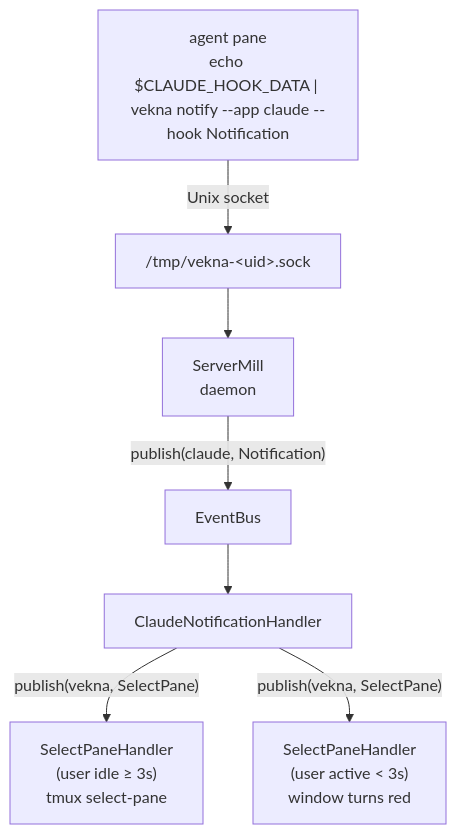
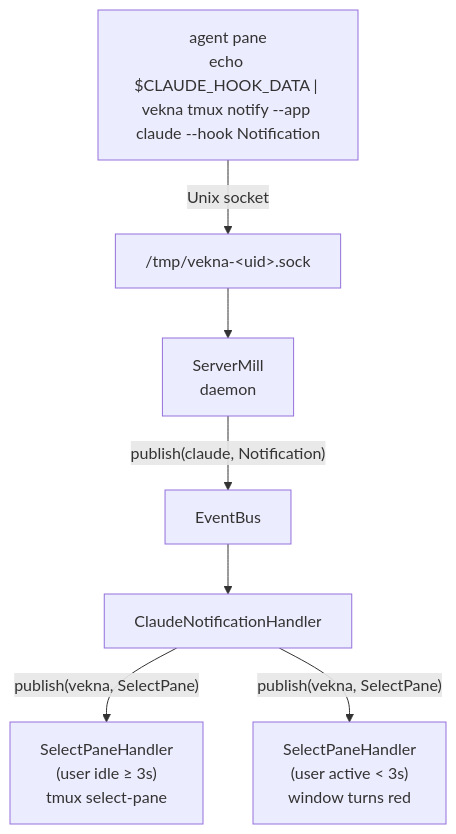
The diagram in README.md (fancysnake/vekna), drawn with Mermaid before and after one commit. The commit also changed other lines of this file and 3 other files, not shown here.

First line of the commit message:
Feature 0: Re-root CLI under `vekna tmux` (0.1.0)

````diff
--- a/README.md
+++ b/README.md
@@ -97,17 +101,17 @@
 ```mermaid
 flowchart TD
-    A["agent pane\necho $CLAUDE_HOOK_DATA | vekna notify --app claude --hook Notification"]
+    A["agent pane\necho $CLAUDE_HOOK_DATA | vekna tmux notify --app claude --hook Notification"]
     B["/tmp/vekna-&lt;uid&gt;.sock"]
     C[ServerMill\ndaemon]
     D[EventBus]
     E[ClaudeNotificationHandler]
     G["SelectPaneHandler\n(user idle ≥ 3s)\ntmux select-pane"]
     H["SelectPaneHandler\n(user active &lt; 3s)\nwindow turns red"]
 
     A -->|Unix socket| B
     B --> C
     C -->|"publish(claude, Notification)"| D
     D --> E
     E -->|"publish(vekna, SelectPane)"| G
     E -->|"publish(vekna, SelectPane)"| H
 ```
````
